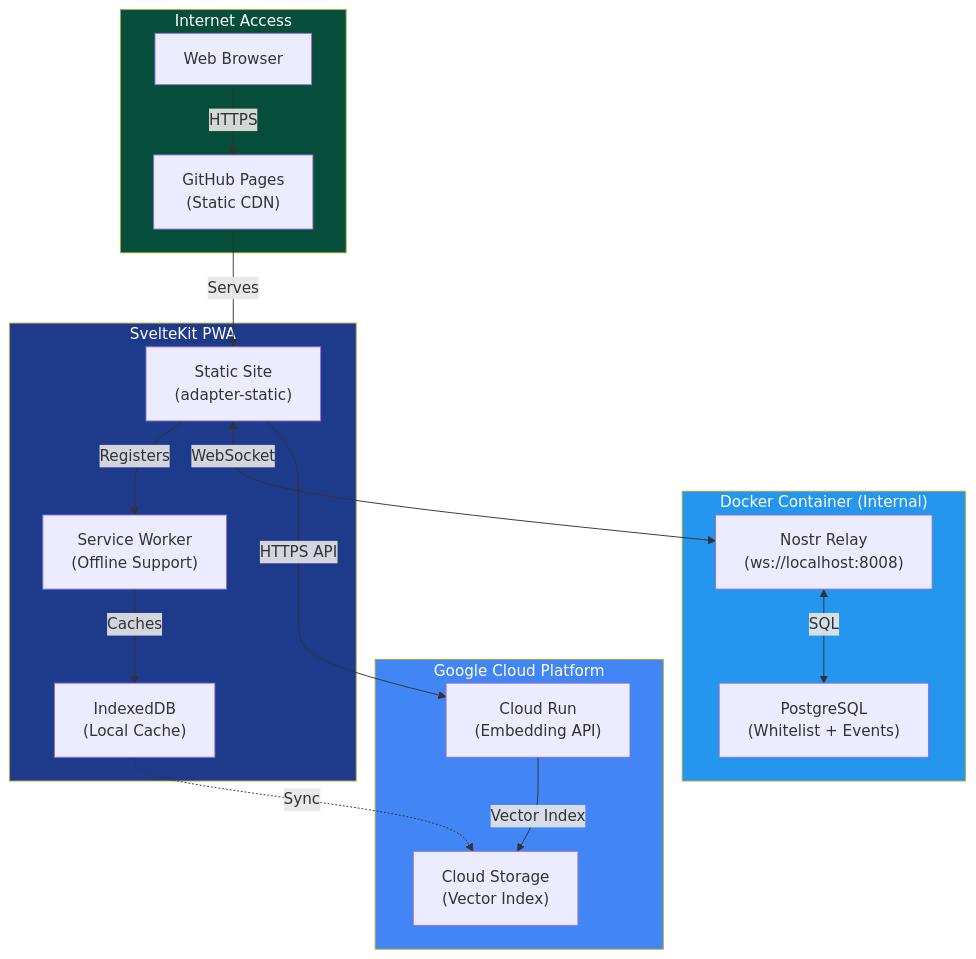
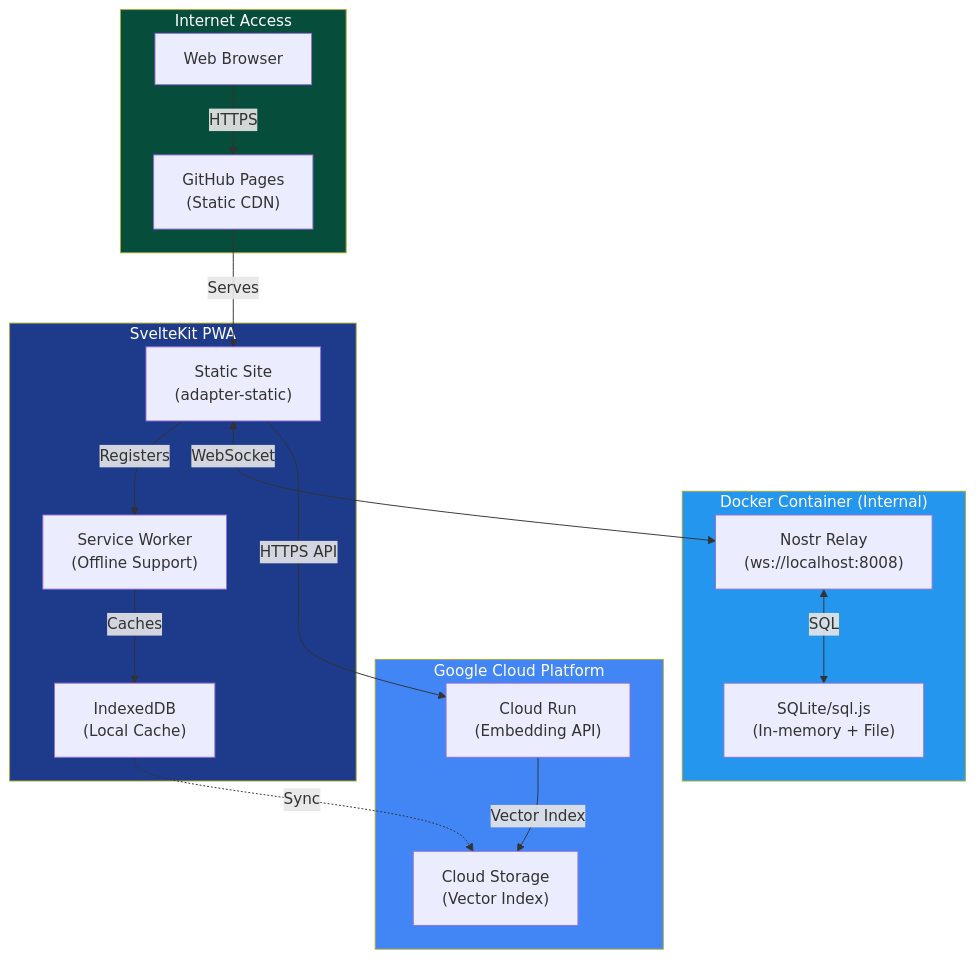
The first of 14 diagrams in README.md (jjohare/fairfield-nostr), drawn with Mermaid before and after one commit. The commit also changed other lines of this file and 80 other files, not shown here.

First line of the commit message:
docs: reorganize documentation + fix mermaid diagrams

````diff
--- a/README.md
+++ b/README.md
@@ -71,39 +71,39 @@
 ```mermaid
 graph TB
     subgraph Internet["Internet Access"]
         User["Web Browser"]
         CDN["GitHub Pages<br/>(Static CDN)"]
     end
 
     subgraph Docker["Docker Container (Internal)"]
         Relay["Nostr Relay<br/>(ws://localhost:8008)"]
-        DB["PostgreSQL<br/>(Whitelist + Events)"]
+        DB["SQLite/sql.js<br/>(In-memory + File)"]
     end
 
     subgraph GCP["Google Cloud Platform"]
         CloudRun["Cloud Run<br/>(Embedding API)"]
         GCS["Cloud Storage<br/>(Vector Index)"]
     end
 
     subgraph Frontend["SvelteKit PWA"]
         Static["Static Site<br/>(adapter-static)"]
         SW["Service Worker<br/>(Offline Support)"]
         IDB["IndexedDB<br/>(Local Cache)"]
     end
 
     User -->|HTTPS| CDN
     CDN -->|Serves| Static
     Static -->|Registers| SW
     SW -->|Caches| IDB
 
     Static <-->|WebSocket| Relay
     Relay <-->|SQL| DB
     Static -->|HTTPS API| CloudRun
     CloudRun -->|Vector Index| GCS
     IDB -.->|Sync| GCS
 
     style Internet fill:#064e3b,color:#fff
     style Docker fill:#2496ed,color:#fff
     style GCP fill:#4285f4,color:#fff
     style Frontend fill:#1e3a8a,color:#fff
 ```
````
